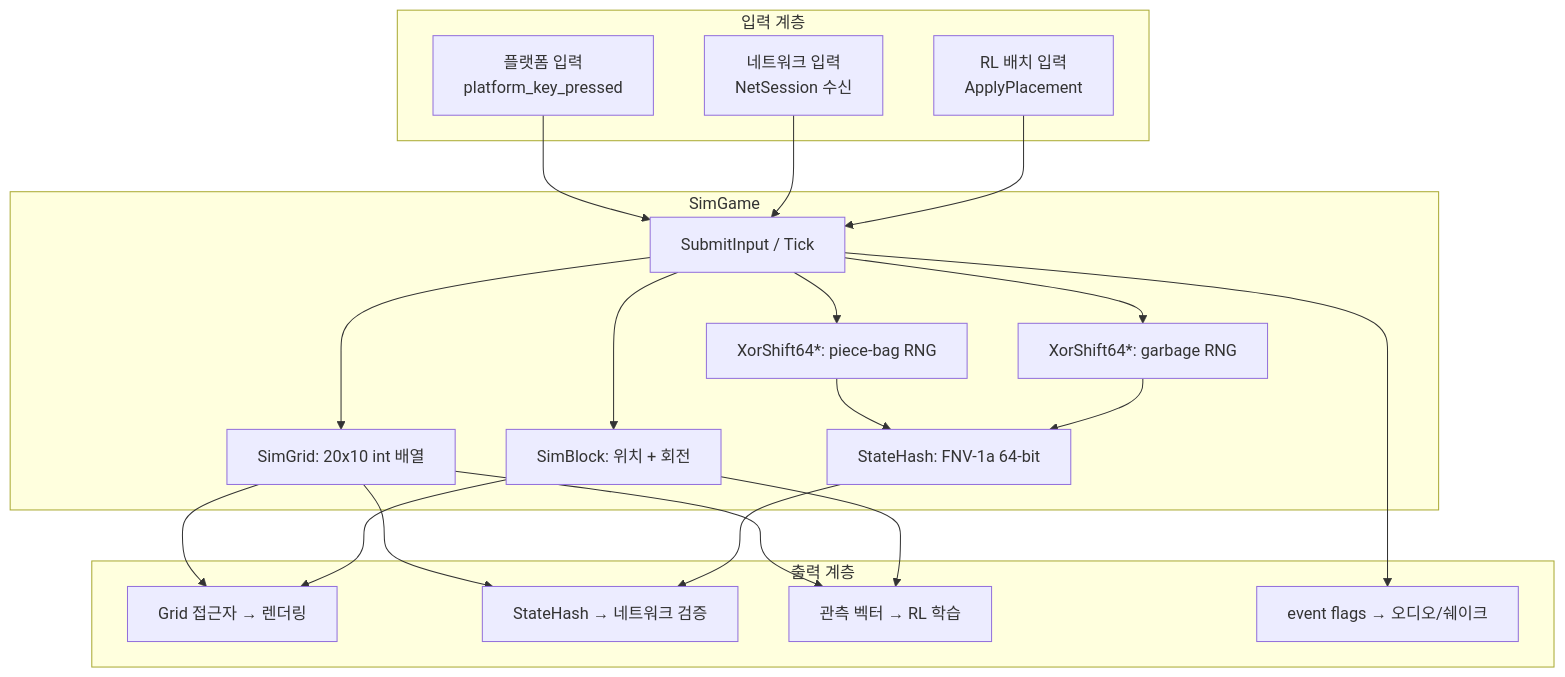
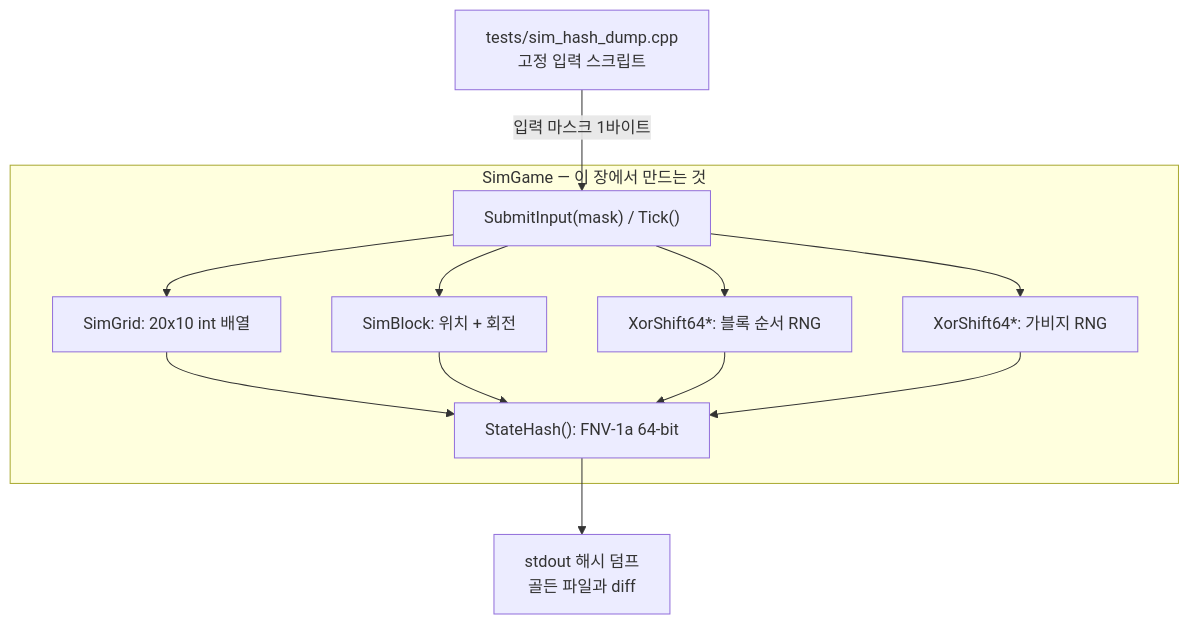
The first of 9 diagrams in docs/blog/part1-deterministic-simulation.md (Rein-ArXiv/Tetris-Multiplayer-RL), drawn with Mermaid before and after one commit. The commit also changed other lines of this file and 41 other files, not shown here.

````diff
--- a/docs/blog/part1-deterministic-simulation.md
+++ b/docs/blog/part1-deterministic-simulation.md
@@ -37,33 +36,18 @@
 ```mermaid
 graph TB
-    subgraph "입력 계층"
-        A[플랫폼 입력<br/>platform_key_pressed]
-        B[네트워크 입력<br/>NetSession 수신]
-        C[RL 배치 입력<br/>ApplyPlacement]
+    T["tests/sim_hash_dump.cpp<br/>고정 입력 스크립트"]
+    subgraph SG["SimGame — 이 장에서 만드는 것"]
+        D["SubmitInput(mask) / Tick()"]
+        E["SimGrid: 20x10 int 배열"]
+        F["SimBlock: 위치 + 회전"]
+        G["XorShift64*: 블록 순서 RNG"]
+        G2["XorShift64*: 가비지 RNG"]
+        H["StateHash(): FNV-1a 64-bit"]
     end
-    subgraph "SimGame"
-        D[SubmitInput / Tick]
-        E[SimGrid: 20x10 int 배열]
-        F[SimBlock: 위치 + 회전]
-        G[XorShift64*: piece-bag RNG]
-        G2[XorShift64*: garbage RNG]
-        H[StateHash: FNV-1a 64-bit]
-    end
-    subgraph "출력 계층"
-        I[Grid 접근자 → 렌더링]
-        J[StateHash → 네트워크 검증]
-        K[관측 벡터 → RL 학습]
-        L[event flags → 오디오/쉐이크]
-    end
+    OUT["stdout 해시 덤프<br/>골든 파일과 diff"]
 
-    A --> D
-    B --> D
-    C --> D
+    T -->|"입력 마스크 1바이트"| D
     D --> E & F & G & G2
-    E --> I & J & K
-    F --> I & K
-    G --> H
-    G2 --> H
-    H --> J
-    D --> L
+    E & F & G & G2 --> H
+    H --> OUT
 ```
````
